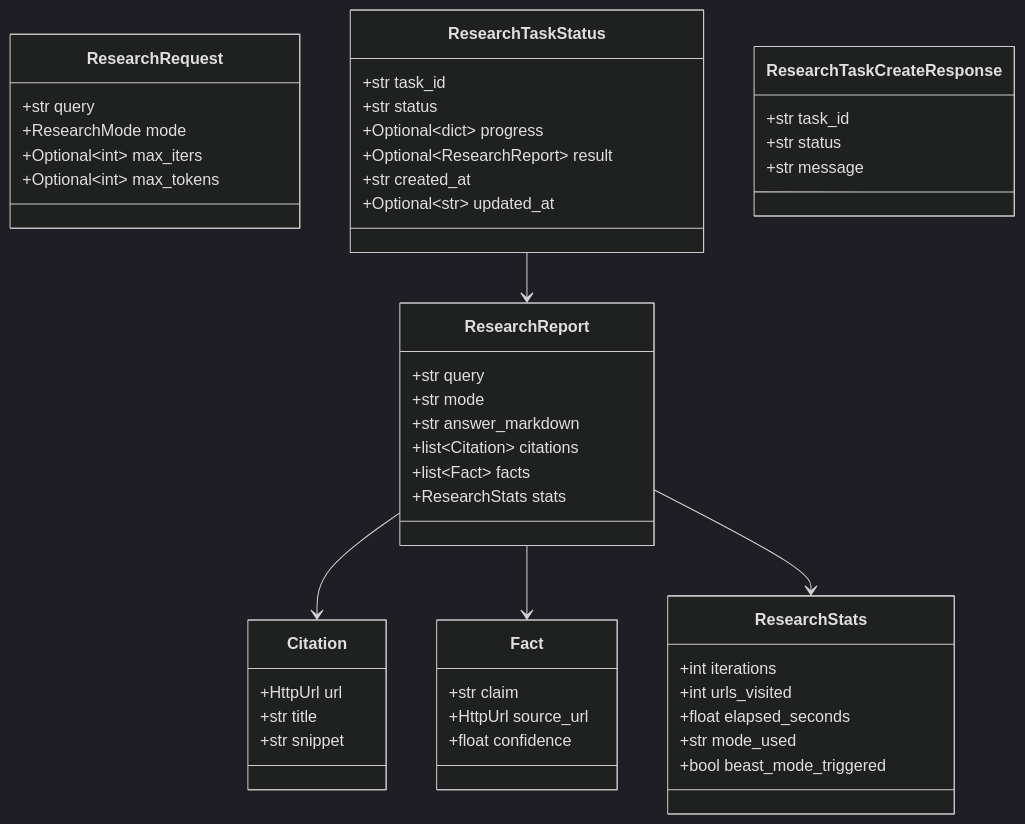
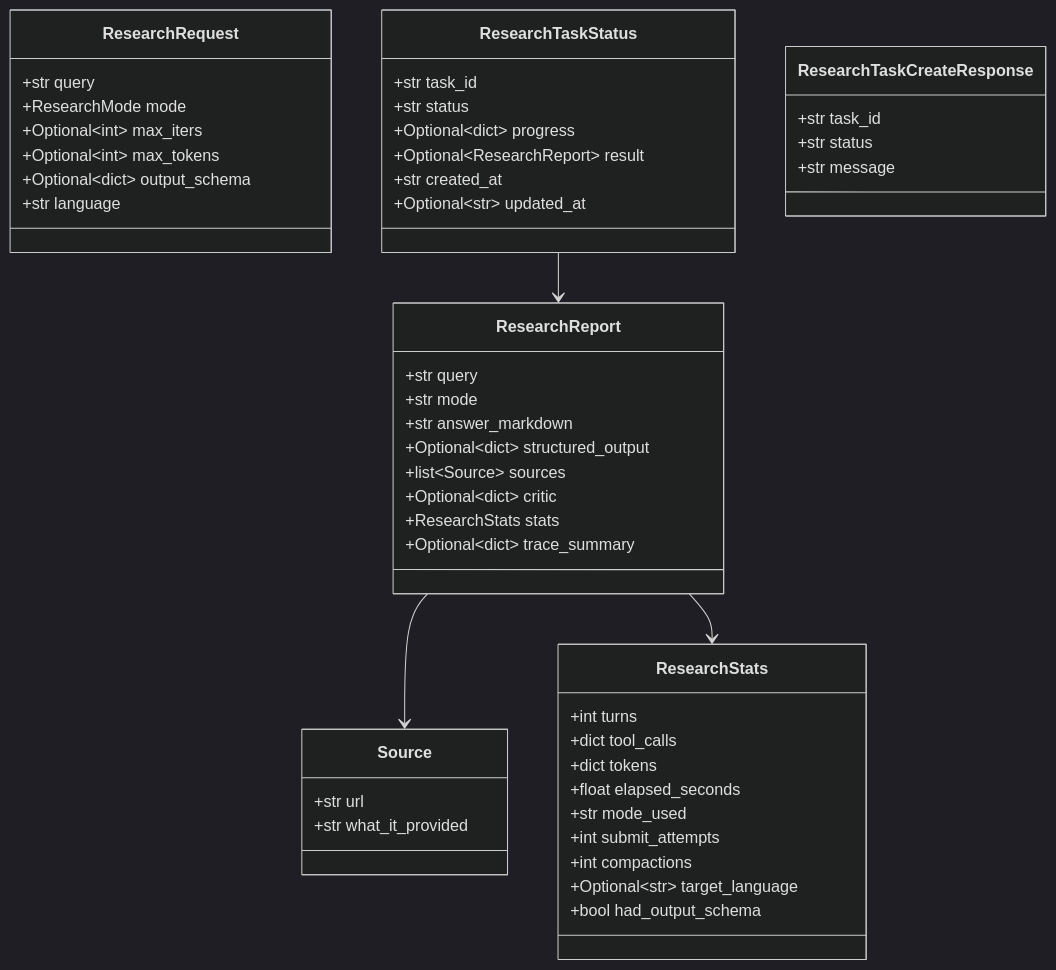
The third of 3 diagrams in docs/codebase-report/05-domain-models.md (volk6022/Atomic-Scraper-Service), drawn with Mermaid (dark theme) before and after one commit. The commit also changed other lines of this file and 39 other files, not shown here.

````diff
--- a/docs/codebase-report/05-domain-models.md
+++ b/docs/codebase-report/05-domain-models.md
@@ -219,51 +225,52 @@
 ```mermaid
 classDiagram
     class ResearchRequest {
         +str query
         +ResearchMode mode
         +Optional~int~ max_iters
         +Optional~int~ max_tokens
+        +Optional~dict~ output_schema
+        +str language
     }
     class ResearchReport {
         +str query
         +str mode
         +str answer_markdown
-        +list~Citation~ citations
-        +list~Fact~ facts
+        +Optional~dict~ structured_output
+        +list~Source~ sources
+        +Optional~dict~ critic
         +ResearchStats stats
+        +Optional~dict~ trace_summary
     }
-    class Citation {
-        +HttpUrl url
-        +str title
-        +str snippet
-    }
-    class Fact {
-        +str claim
-        +HttpUrl source_url
-        +float confidence
+    class Source {
+        +str url
+        +str what_it_provided
     }
     class ResearchStats {
-        +int iterations
-        +int urls_visited
+        +int turns
+        +dict tool_calls
+        +dict tokens
         +float elapsed_seconds
         +str mode_used
-        +bool beast_mode_triggered
+        +int submit_attempts
+        +int compactions
+        +Optional~str~ target_language
+        +bool had_output_schema
     }
     class ResearchTaskStatus {
         +str task_id
         +str status
         +Optional~dict~ progress
         +Optional~ResearchReport~ result
         +str created_at
         +Optional~str~ updated_at
     }
     class ResearchTaskCreateResponse {
         +str task_id
         +str status
         +str message
     }
-    ResearchReport --> Citation
-    ResearchReport --> Fact
+    ResearchReport --> Source
     ResearchReport --> ResearchStats
     ResearchTaskStatus --> ResearchReport
 ```
````
